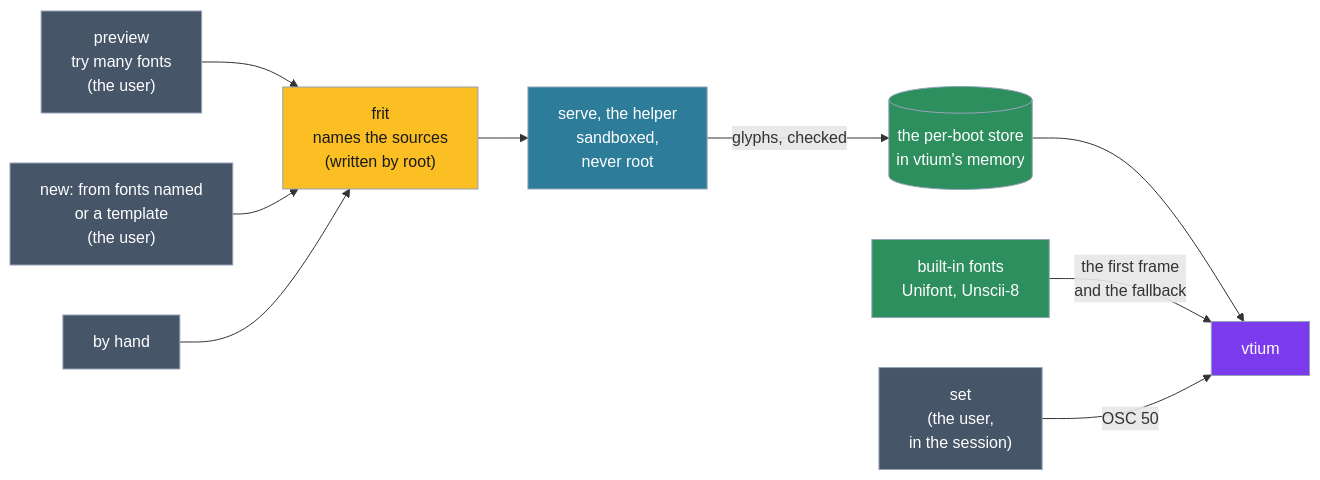
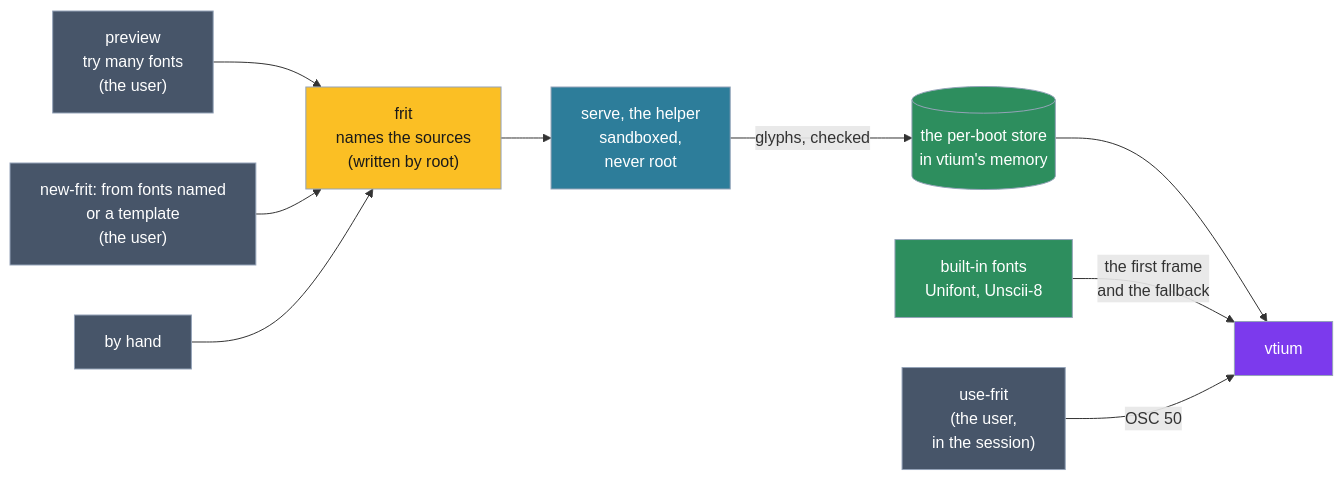
One commit to vtium/vtium changed the diagram in docs/concepts/fonts.md. Above: the diagram before and after it, drawn with Mermaid. The commit also changed other lines of this file, not shown here.

Commit message:
docs(concepts): the fonts concept page names use-frit and new-frit
The page and its figure named vtium-config's set command as the one that switches the running console, and new as the one that makes a frit. set changes a setting in the draft and new starts the draft over. use-frit switches the console and new-frit makes a frit.

````diff
--- a/docs/concepts/fonts.md
+++ b/docs/concepts/fonts.md
@@ -16,21 +16,21 @@
 ```mermaid
 flowchart LR
     P["preview<br>try many fonts<br>(the user)"] --> R
-    W["new: from fonts named<br>or a template<br>(the user)"] --> R
+    W["new-frit: from fonts named<br>or a template<br>(the user)"] --> R
     H["by hand"] --> R
     R["frit<br>names the sources<br>(written by root)"] --> HE["serve, the helper<br>sandboxed,<br>never root"]
     HE -->|"glyphs, checked"| ST[("the per-boot store<br>in vtium's memory")]
     ST --> V["vtium"]
     B["built-in fonts<br>Unifont, Unscii-8"] -->|"the first frame<br>and the fallback"| V
-    S["set<br>(the user,<br>in the session)"] -->|"OSC 50"| V
+    S["use-frit<br>(the user,<br>in the session)"] -->|"OSC 50"| V
     classDef step fill:#2d7d9a,color:#ffffff,stroke:#94a3b8
     classDef core fill:#7c3aed,color:#ffffff,stroke:#94a3b8
     classDef store fill:#2d8e5e,color:#ffffff,stroke:#94a3b8
     classDef input fill:#fbbf24,color:#1a1a1a,stroke:#94a3b8
     classDef user fill:#475569,color:#ffffff,stroke:#94a3b8
     class HE step
     class V core
     class ST,B store
     class R input
     class S,P,W,H user
 ```
````
